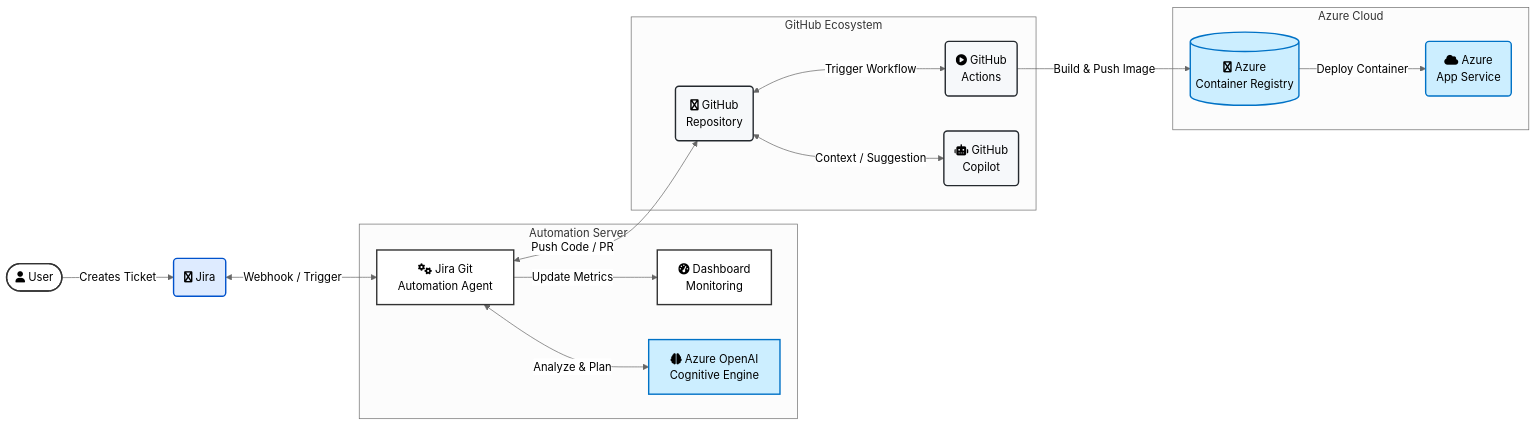
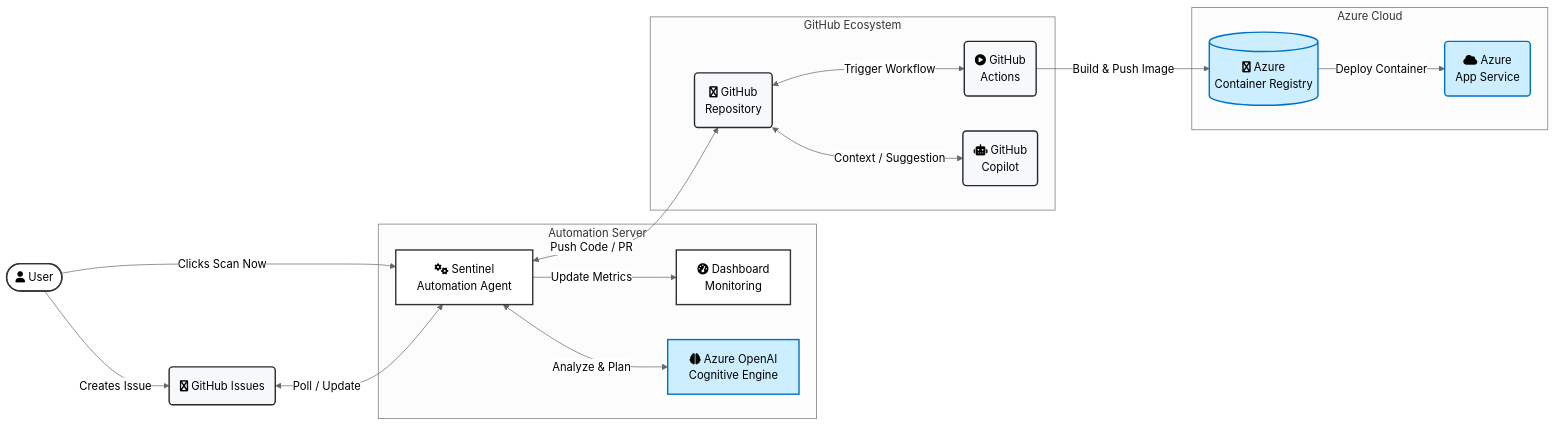
Before and after one commit to Unigalactix/SENTINEL: the first of 2 diagrams in docs/DETAILED_WORKFLOW.md, drawn with Mermaid (neutral theme). The commit also changed other lines of this file and 4 other files, not shown here.

First line of the commit message:
docs: update README, CHANGELOG, and docs for v3.0.0 GitHub Issues migration and manual scan model

````diff
--- a/docs/DETAILED_WORKFLOW.md
+++ b/docs/DETAILED_WORKFLOW.md
@@ -14,43 +15,42 @@
 ```mermaid
 flowchart LR
     %% Define Styles
     classDef plain fill:#fff,stroke:#333,stroke-width:2px;
     classDef azure fill:#cceeff,stroke:#0072C6,stroke-width:2px;
-    classDef jira fill:#deebff,stroke:#0052CC,stroke-width:2px;
-    classDef git fill:#f6f8fa,stroke:#24292e,stroke-width:2px;
+    classDef gh fill:#f6f8fa,stroke:#24292e,stroke-width:2px;
 
     %% Nodes
     User([fa:fa-user User]):::plain
-    JiraNode(fa:fa-jira Jira):::jira
+    GHIssues(fa:fa-github GitHub Issues):::gh
 
     subgraph "Automation Server"
-        Agent[fa:fa-cogs Jira Git<br/>Automation Agent]:::plain
+        Agent[fa:fa-cogs Sentinel<br/>Automation Agent]:::plain
         Dash[fa:fa-tachometer-alt Dashboard<br/>Monitoring]:::plain
         LLM[fa:fa-brain Azure OpenAI<br/>Cognitive Engine]:::azure
     end
 
     subgraph "GitHub Ecosystem"
-        GH(fa:fa-github GitHub<br/>Repository):::git
-        Action(fa:fa-play-circle GitHub<br/>Actions):::git
-        Copilot(fa:fa-robot GitHub<br/>Copilot):::git
+        GH(fa:fa-github GitHub<br/>Repository):::gh
+        Action(fa:fa-play-circle GitHub<br/>Actions):::gh
+        Copilot(fa:fa-robot GitHub<br/>Copilot):::gh
     end
 
     subgraph "Azure Cloud"
-        %% Uses cylinder shape [() for registry
         ACR[(fa:fa-docker Azure<br/>Container Registry)]:::azure
         AppService(fa:fa-cloud Azure<br/>App Service):::azure
     end
 
-    %% Connections with Action Labels
-    User -->|Creates Ticket| JiraNode
-    JiraNode <-->|Webhook / Trigger| Agent
+    %% Connections
+    User -->|Creates Issue| GHIssues
+    User -->|Clicks Scan Now| Agent
+    GHIssues <-->|Poll / Update| Agent
     Agent -->|Update Metrics| Dash
     Agent <-->|Analyze & Plan| LLM
     
     Agent <-->|Push Code / PR| GH
     GH <-->|Context / Suggestion| Copilot
     GH <-->|Trigger Workflow| Action
     
     Action -->|Build & Push Image| ACR
     ACR -->|Deploy Container| AppService
 ```
````
